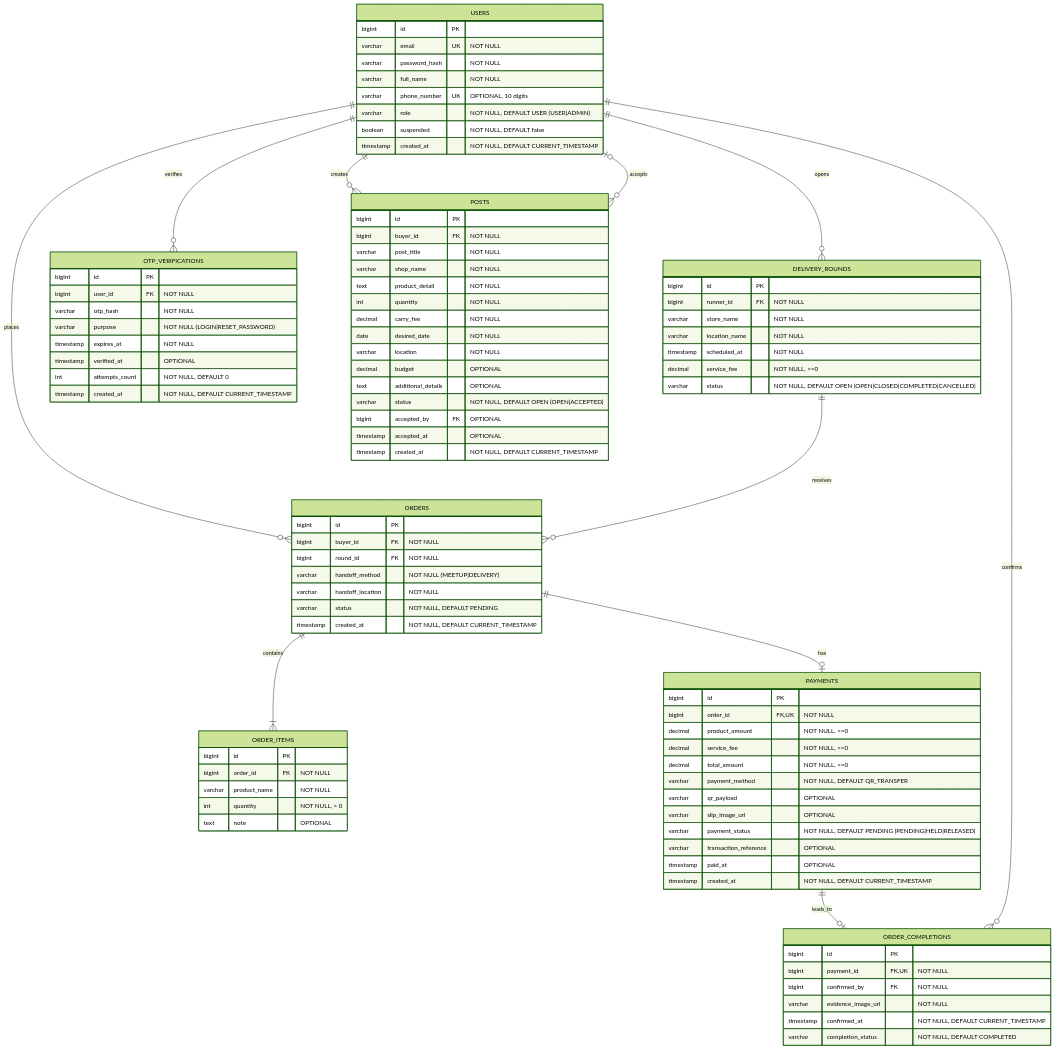
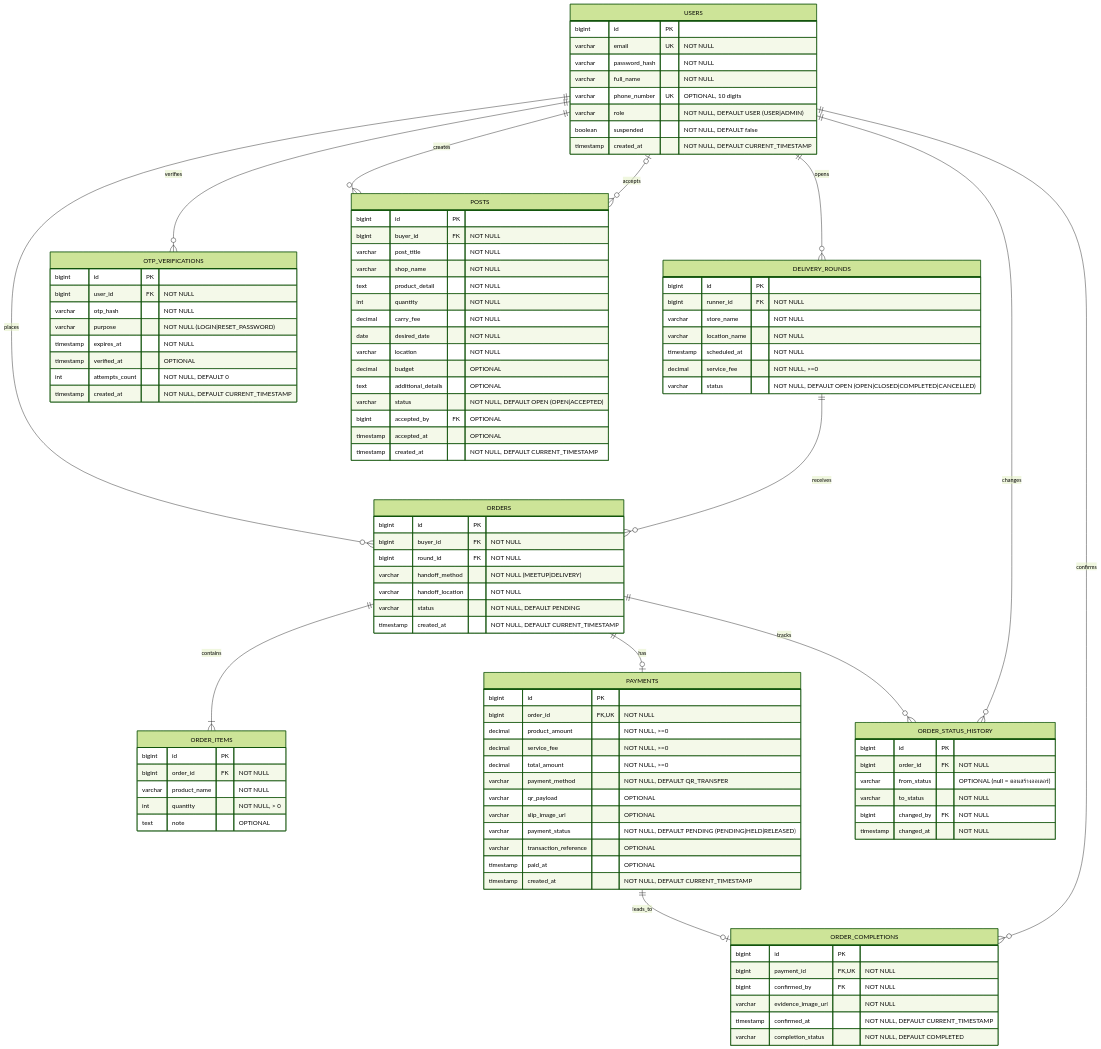
Before and after one commit to BlackyB0o/CS261_650001_group5: the diagram in docs/database/ERD.md, drawn with Mermaid (forest theme).

Commit message:
ERD add ORDER_STATUS_HISTORY table (Task39, Task44)

````diff
--- a/docs/database/ERD.md
+++ b/docs/database/ERD.md
@@ -23,6 +23,10 @@
     %% Task 12 - โพสต์หาคนรับหิ้ว
     USERS ||--o{ POSTS : creates
     USERS |o--o{ POSTS : accepts
+
+    %% Task 39, 44 - รายละเอียดออเดอร์ / อัปเดตสถานะ (ประวัติสถานะ)
+    ORDERS ||--o{ ORDER_STATUS_HISTORY : tracks
+    USERS ||--o{ ORDER_STATUS_HISTORY : changes
 
     %% Task 04, 54 - ผู้ใช้ (role, suspended เพิ่มสำหรับ Admin US10)
     USERS {
@@ -123,4 +127,14 @@
         timestamp accepted_at "OPTIONAL"
         timestamp created_at "NOT NULL, DEFAULT CURRENT_TIMESTAMP"
     }
+
+    %% Task 39, 44 - ประวัติการเปลี่ยนสถานะออเดอร์ (US05, US06)
+    ORDER_STATUS_HISTORY {
+        bigint id PK
+        bigint order_id FK "NOT NULL"
+        varchar from_status "OPTIONAL (null = ตอนสร้างออเดอร์)"
+        varchar to_status "NOT NULL"
+        bigint changed_by FK "NOT NULL"
+        timestamp changed_at "NOT NULL"
+    }
 ```
````
